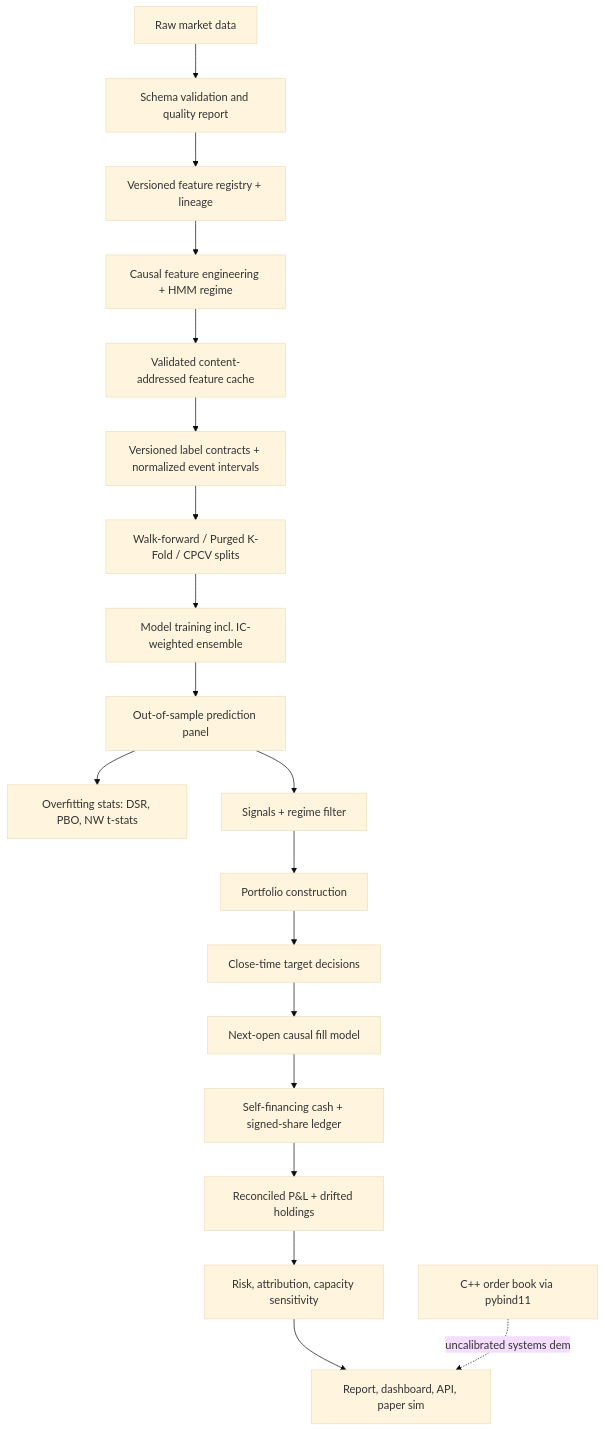
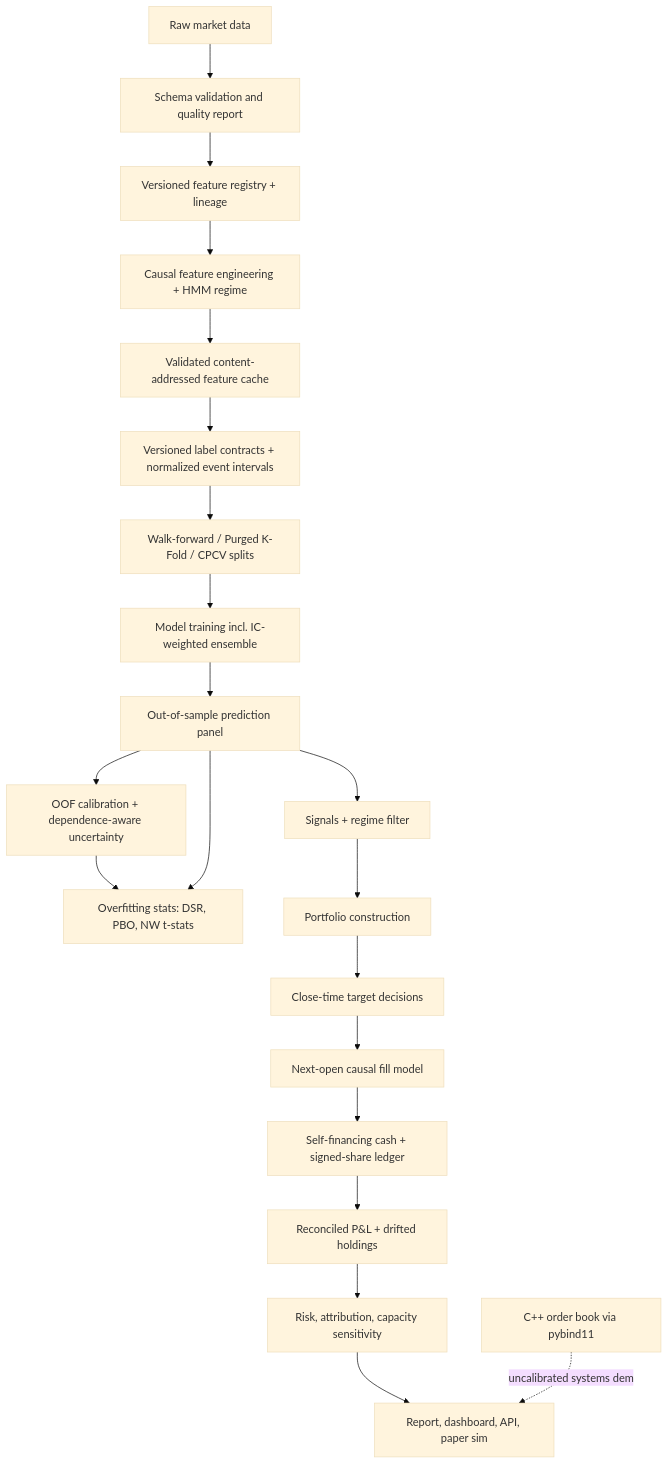
One commit to srgangaram-swe/AlphaForge changed the diagram in docs/architecture.md. Above: the diagram before and after it, drawn with Mermaid (base theme). The commit also changed other lines of this file and 10 other files, not shown here.

Commit message:
feat(evaluation): add governed calibration uncertainty

````diff
--- a/docs/architecture.md
+++ b/docs/architecture.md
@@ -5,21 +5,23 @@
 ```mermaid
 flowchart TD
     raw[Raw market data] --> validate[Schema validation and quality report]
     validate --> registry[Versioned feature registry + lineage]
     registry --> features[Causal feature engineering + HMM regime]
     features --> cache[Validated content-addressed feature cache]
     cache --> labels[Versioned label contracts + normalized event intervals]
     labels --> splits[Walk-forward / Purged K-Fold / CPCV splits]
     splits --> models[Model training incl. IC-weighted ensemble]
     models --> preds[Out-of-sample prediction panel]
+    preds --> calibration[OOF calibration + dependence-aware uncertainty]
+    calibration --> overfit
     preds --> overfit[Overfitting stats: DSR, PBO, NW t-stats]
     preds --> signals[Signals + regime filter]
     signals --> portfolio[Portfolio construction]
     portfolio --> orders[Close-time target decisions]
     orders --> execution[Next-open causal fill model]
     execution --> ledger[Self-financing cash + signed-share ledger]
     ledger --> backtest[Reconciled P&L + drifted holdings]
     backtest --> risk[Risk, attribution, capacity sensitivity]
     risk --> outputs[Report, dashboard, API, paper sim]
     native[C++ order book via pybind11] -.uncalibrated systems demo.-> outputs
 ```
````
